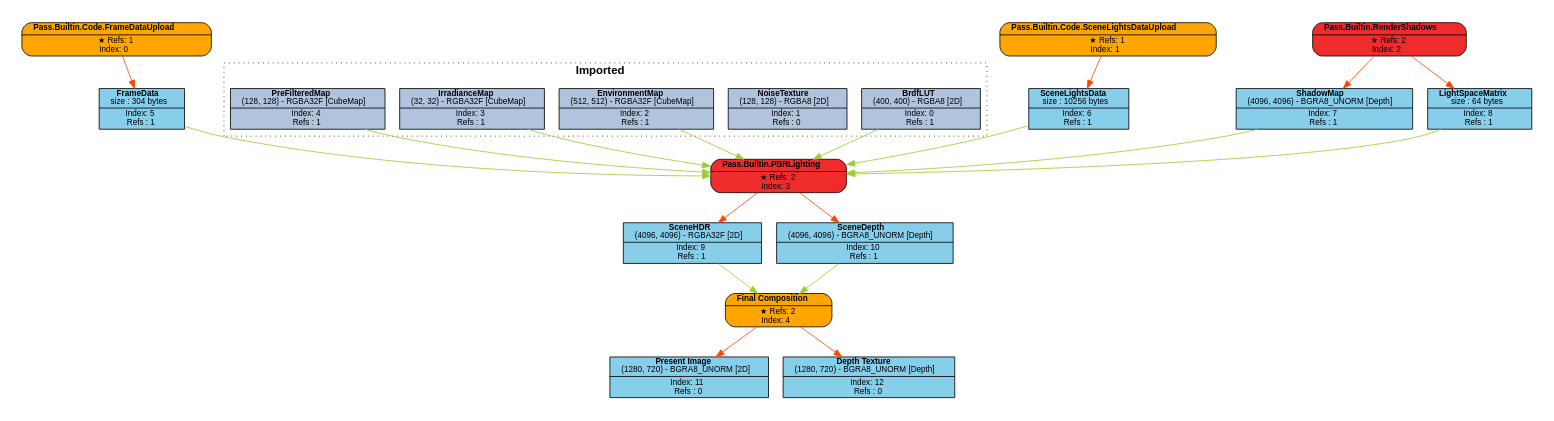
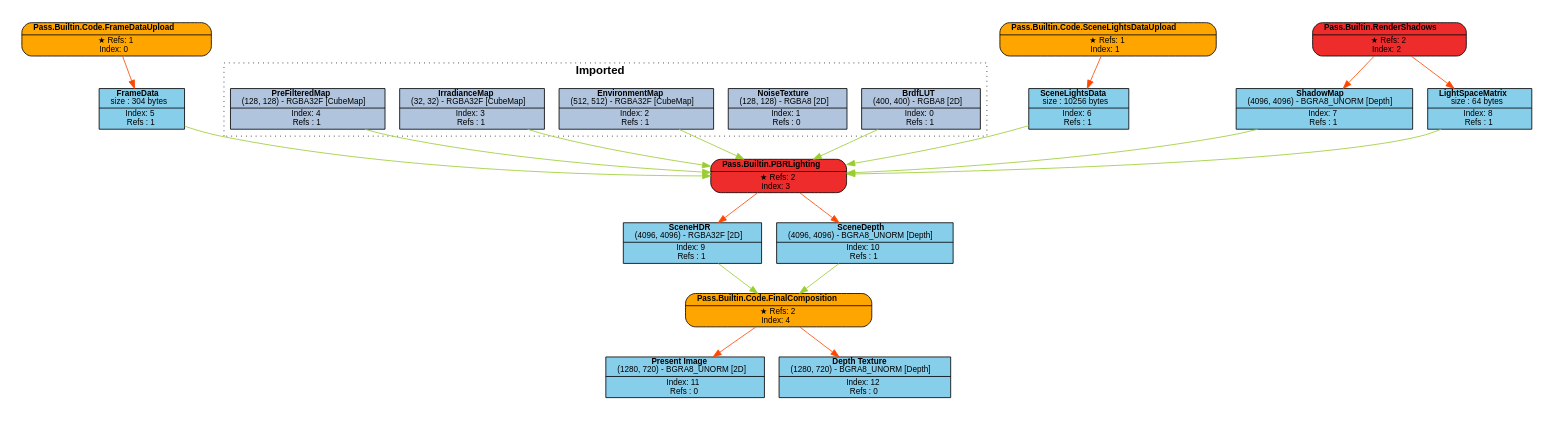
One commit to Pikachuxxxx/Razix changed the diagram in Engine/content/FrameGraphs/pbr_lighting_data_driven.dot. Above: the diagram before and after it, drawn with Graphviz. The commit also changed 30 other files, not shown here.

```diff
--- a/Engine/content/FrameGraphs/pbr_lighting_data_driven.dot
+++ b/Engine/content/FrameGraphs/pbr_lighting_data_driven.dot
@@ -1,66 +1,66 @@
 digraph FrameGraph {
 graph [style=invis, rankdir="TB" ordering=out, splines=spline]
 node [shape=record, fontname="helvetica", fontsize=10, margin="0.2,0.03"]
 
 P0 [label=<{ {<B>Pass.Builtin.Code.FrameDataUpload</B>} | {&#x2605; Refs: 1<BR/> Index: 0} }> style="rounded,filled", fillcolor=orange]
 P1 [label=<{ {<B>Pass.Builtin.Code.SceneLightsDataUpload</B>} | {&#x2605; Refs: 1<BR/> Index: 1} }> style="rounded,filled", fillcolor=orange]
 P2 [label=<{ {<B>Pass.Builtin.RenderShadows</B>} | {&#x2605; Refs: 2<BR/> Index: 2} }> style="rounded,filled", fillcolor=firebrick2]
 P3 [label=<{ {<B>Pass.Builtin.PBRLighting</B>} | {&#x2605; Refs: 2<BR/> Index: 3} }> style="rounded,filled", fillcolor=firebrick2]
-P4 [label=<{ {<B>Final Composition</B>} | {&#x2605; Refs: 2<BR/> Index: 4} }> style="rounded,filled", fillcolor=orange]
+P4 [label=<{ {<B>Pass.Builtin.Code.FinalComposition</B>} | {&#x2605; Refs: 2<BR/> Index: 4} }> style="rounded,filled", fillcolor=orange]
 
 R0_1 [label=<{ {<B>BrdfLUT</B><BR/>(400, 400) - RGBA8 [2D]} | {Index: 0<BR/>Refs : 1} }> style=filled, fillcolor=lightsteelblue]
 R1_1 [label=<{ {<B>NoiseTexture</B><BR/>(128, 128) - RGBA8 [2D]} | {Index: 1<BR/>Refs : 0} }> style=filled, fillcolor=lightsteelblue]
 R2_1 [label=<{ {<B>EnvironmentMap</B><BR/>(512, 512) - RGBA32F [CubeMap]} | {Index: 2<BR/>Refs : 1} }> style=filled, fillcolor=lightsteelblue]
 R3_1 [label=<{ {<B>IrradianceMap</B><BR/>(32, 32) - RGBA32F [CubeMap]} | {Index: 3<BR/>Refs : 1} }> style=filled, fillcolor=lightsteelblue]
 R4_1 [label=<{ {<B>PreFilteredMap</B><BR/>(128, 128) - RGBA32F [CubeMap]} | {Index: 4<BR/>Refs : 1} }> style=filled, fillcolor=lightsteelblue]
 R5_1 [label=<{ {<B>FrameData</B><BR/>size : 304 bytes} | {Index: 5<BR/>Refs : 1} }> style=filled, fillcolor=skyblue]
 R6_1 [label=<{ {<B>SceneLightsData</B><BR/>size : 10256 bytes} | {Index: 6<BR/>Refs : 1} }> style=filled, fillcolor=skyblue]
 R7_1 [label=<{ {<B>ShadowMap</B><BR/>(4096, 4096) - BGRA8_UNORM [Depth]} | {Index: 7<BR/>Refs : 1} }> style=filled, fillcolor=skyblue]
 R8_1 [label=<{ {<B>LightSpaceMatrix</B><BR/>size : 64 bytes} | {Index: 8<BR/>Refs : 1} }> style=filled, fillcolor=skyblue]
 R9_1 [label=<{ {<B>SceneHDR</B><BR/>(4096, 4096) - RGBA32F [2D]} | {Index: 9<BR/>Refs : 1} }> style=filled, fillcolor=skyblue]
 R10_1 [label=<{ {<B>SceneDepth</B><BR/>(4096, 4096) - BGRA8_UNORM [Depth]} | {Index: 10<BR/>Refs : 1} }> style=filled, fillcolor=skyblue]
 R11_1 [label=<{ {<B>Present Image</B><BR/>(1280, 720) - BGRA8_UNORM [2D]} | {Index: 11<BR/>Refs : 0} }> style=filled, fillcolor=skyblue]
 R12_1 [label=<{ {<B>Depth Texture</B><BR/>(1280, 720) - BGRA8_UNORM [Depth]} | {Index: 12<BR/>Refs : 0} }> style=filled, fillcolor=skyblue]
 
 P0 -> { R5_1 } [color=orangered]
 P1 -> { R6_1 } [color=orangered]
 P2 -> { R7_1 R8_1 } [color=orangered]
 P3 -> { R9_1 R10_1 } [color=orangered]
 P4 -> { R11_1 R12_1 } [color=orangered]
 
 R0_1 -> { P3 } [color=olivedrab3]
 R1_1 -> { } [color=olivedrab3]
 R2_1 -> { P3 } [color=olivedrab3]
 R3_1 -> { P3 } [color=olivedrab3]
 R4_1 -> { P3 } [color=olivedrab3]
 R5_1 -> { P3 } [color=olivedrab3]
 R6_1 -> { P3 } [color=olivedrab3]
 R7_1 -> { P3 } [color=olivedrab3]
 R8_1 -> { P3 } [color=olivedrab3]
 R9_1 -> { P4 } [color=olivedrab3]
 R10_1 -> { P4 } [color=olivedrab3]
 R11_1 -> { } [color=olivedrab3]
 R12_1 -> { } [color=olivedrab3]
 
 subgraph cluster_0 {
 P0 R5_1 
 }
 subgraph cluster_1 {
 P1 R6_1 
 }
 subgraph cluster_2 {
 P2 R7_1 R8_1 
 }
 subgraph cluster_3 {
 P3 R9_1 R10_1 
 }
 subgraph cluster_4 {
 P4 R11_1 R12_1 
 }
 
 subgraph cluster_imported_resources {
 graph [style=dotted, fontname="helvetica", label=< <B>Imported</B> >]
 R0_1 R1_1 R2_1 R3_1 R4_1 
 }
 
 }
```
